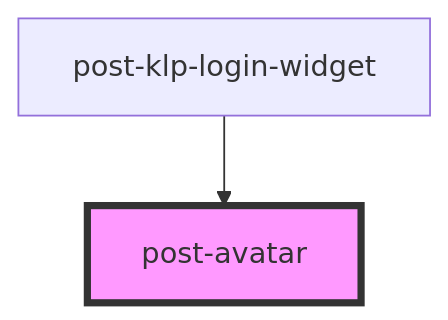
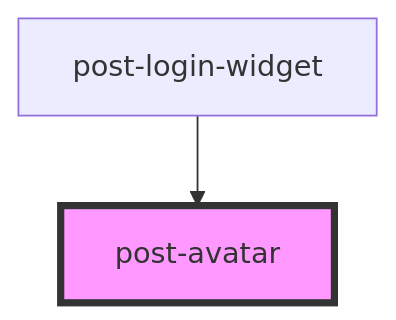
Before and after one commit to swisspost/design-system: the diagram in packages/components/src/components/post-avatar/readme.md, drawn with Mermaid. The commit also changed other lines of this file and 12 other files, not shown here.

````diff
--- a/packages/components/src/components/post-avatar/readme.md
+++ b/packages/components/src/components/post-avatar/readme.md
@@ -31,5 +31,5 @@
 ```mermaid
 graph TD;
-  post-klp-login-widget --> post-avatar
+  post-login-widget --> post-avatar
   style post-avatar fill:#f9f,stroke:#333,stroke-width:4px
 ```
````
